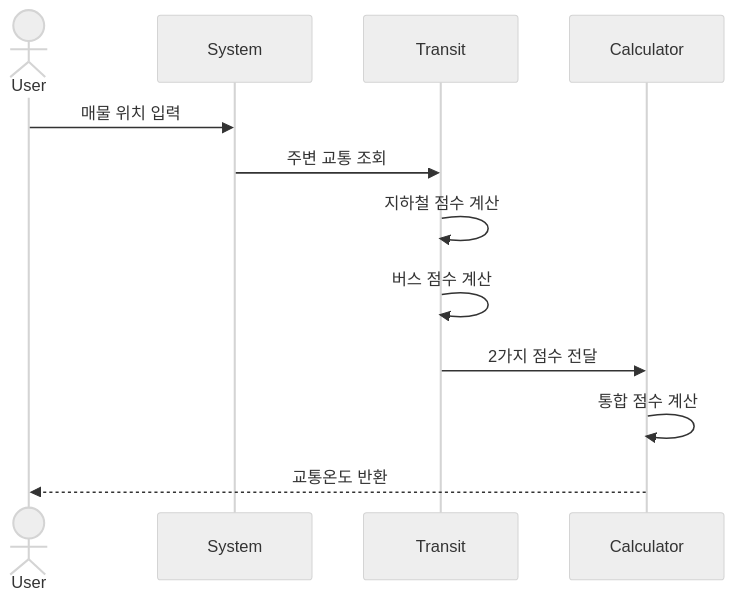
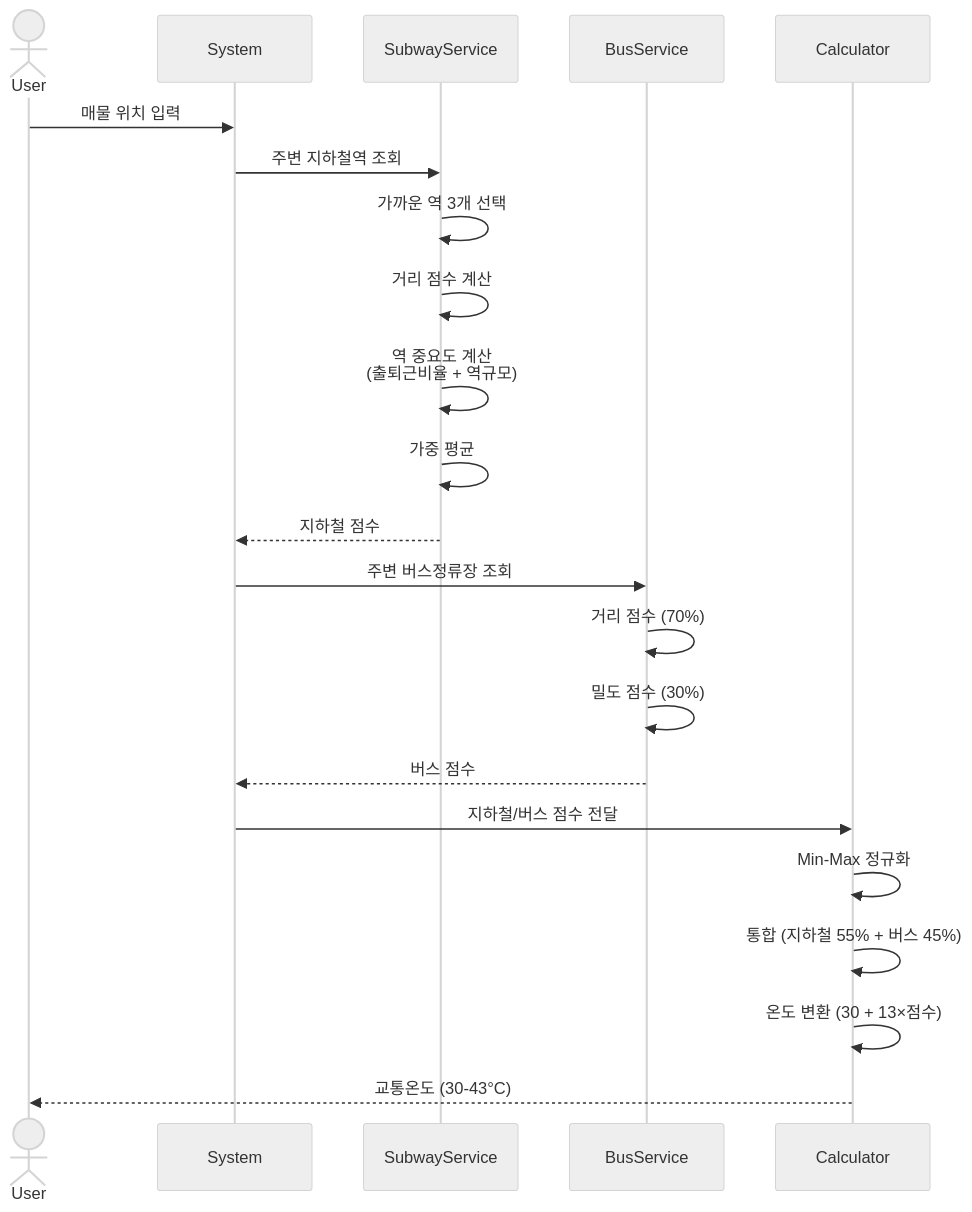
The fifth of 5 diagrams in analytics/sequence_diagrams.md (eunjeong0911/Property-recommend), drawn with Mermaid (neutral theme) before and after one commit. The commit also changed other lines of this file, not shown here.

Commit message:
docs: 시퀀스 다이어그램 수정

````diff
--- a/analytics/sequence_diagrams.md
+++ b/analytics/sequence_diagrams.md
@@ -81,15 +108,28 @@
 ```mermaid
 sequenceDiagram
     actor User
     participant System
-    participant Transit
+    participant SubwayService
+    participant BusService
     participant Calculator
     
     User->>System: 매물 위치 입력
-    System->>Transit: 주변 교통 조회
-    Transit->>Transit: 지하철 점수 계산
-    Transit->>Transit: 버스 점수 계산
-    Transit->>Calculator: 2가지 점수 전달
-    Calculator->>Calculator: 통합 점수 계산
-    Calculator-->>User: 교통온도 반환
+    
+    System->>SubwayService: 주변 지하철역 조회
+    SubwayService->>SubwayService: 가까운 역 3개 선택
+    SubwayService->>SubwayService: 거리 점수 계산
+    SubwayService->>SubwayService: 역 중요도 계산<br/>(출퇴근비율 + 역규모)
+    SubwayService->>SubwayService: 가중 평균
+    SubwayService-->>System: 지하철 점수
+    
+    System->>BusService: 주변 버스정류장 조회
+    BusService->>BusService: 거리 점수 (70%)
+    BusService->>BusService: 밀도 점수 (30%)
+    BusService-->>System: 버스 점수
+    
+    System->>Calculator: 지하철/버스 점수 전달
+    Calculator->>Calculator: Min-Max 정규화
+    Calculator->>Calculator: 통합 (지하철 55% + 버스 45%)
+    Calculator->>Calculator: 온도 변환 (30 + 13×점수)
+    Calculator-->>User: 교통온도 (30-43°C)
 ```
````
